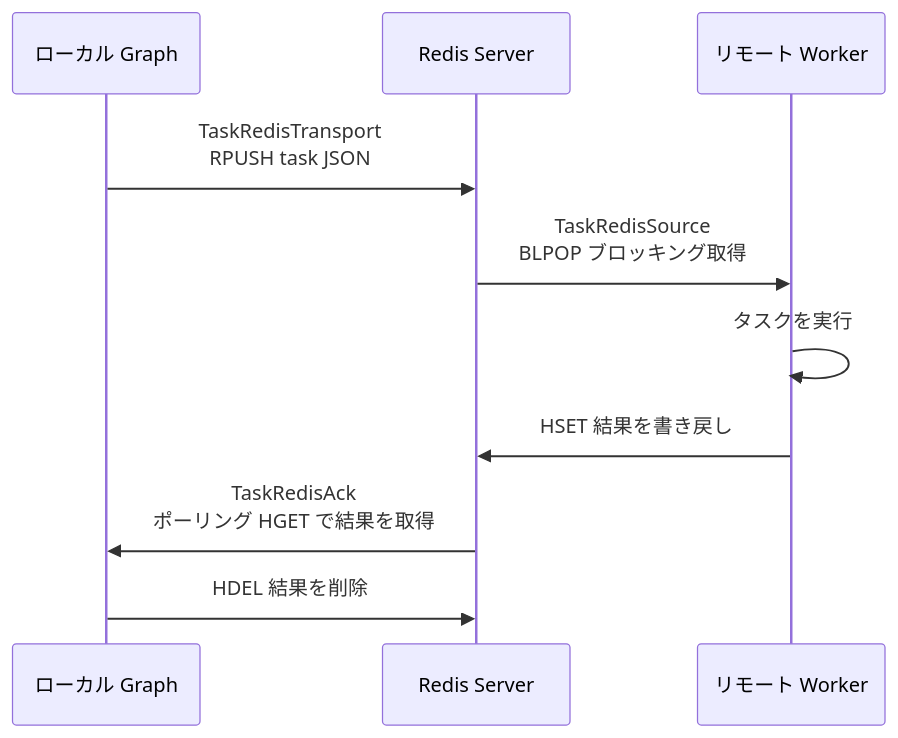
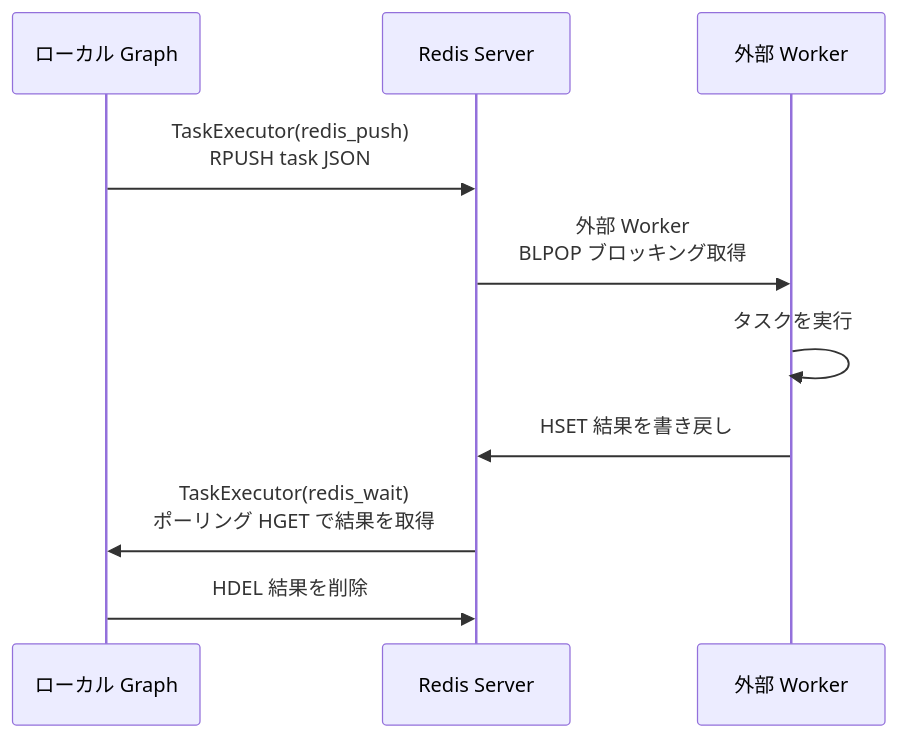
The fifth of 9 diagrams in docs/ja/presentation.md (Mr-xiaotian/CelestialFlow), drawn with Mermaid before and after one commit. The commit also changed other lines of this file and 181 other files, not shown here.

````diff
--- a/docs/ja/presentation.md
+++ b/docs/ja/presentation.md
@@ -285,13 +278,13 @@
 ```mermaid
 sequenceDiagram
     participant Local as ローカル Graph
     participant Redis as Redis Server
-    participant Remote as リモート Worker
+    participant Remote as 外部 Worker
 
-    Local->>Redis: TaskRedisTransport<br/>RPUSH task JSON
-    Redis->>Remote: TaskRedisSource<br/>BLPOP ブロッキング取得
+    Local->>Redis: TaskExecutor(redis_push)<br/>RPUSH task JSON
+    Redis->>Remote: 外部 Worker<br/>BLPOP ブロッキング取得
     Remote->>Remote: タスクを実行
     Remote->>Redis: HSET 結果を書き戻し
-    Redis->>Local: TaskRedisAck<br/>ポーリング HGET で結果を取得
+    Redis->>Local: TaskExecutor(redis_wait)<br/>ポーリング HGET で結果を取得
     Local->>Redis: HDEL 結果を削除
 ```
````
